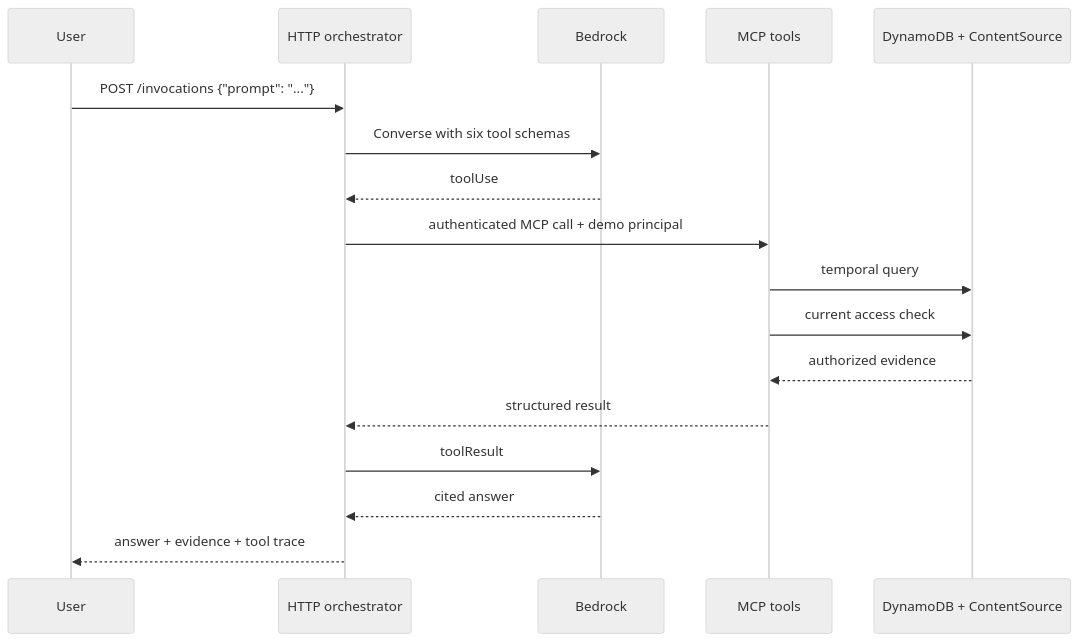
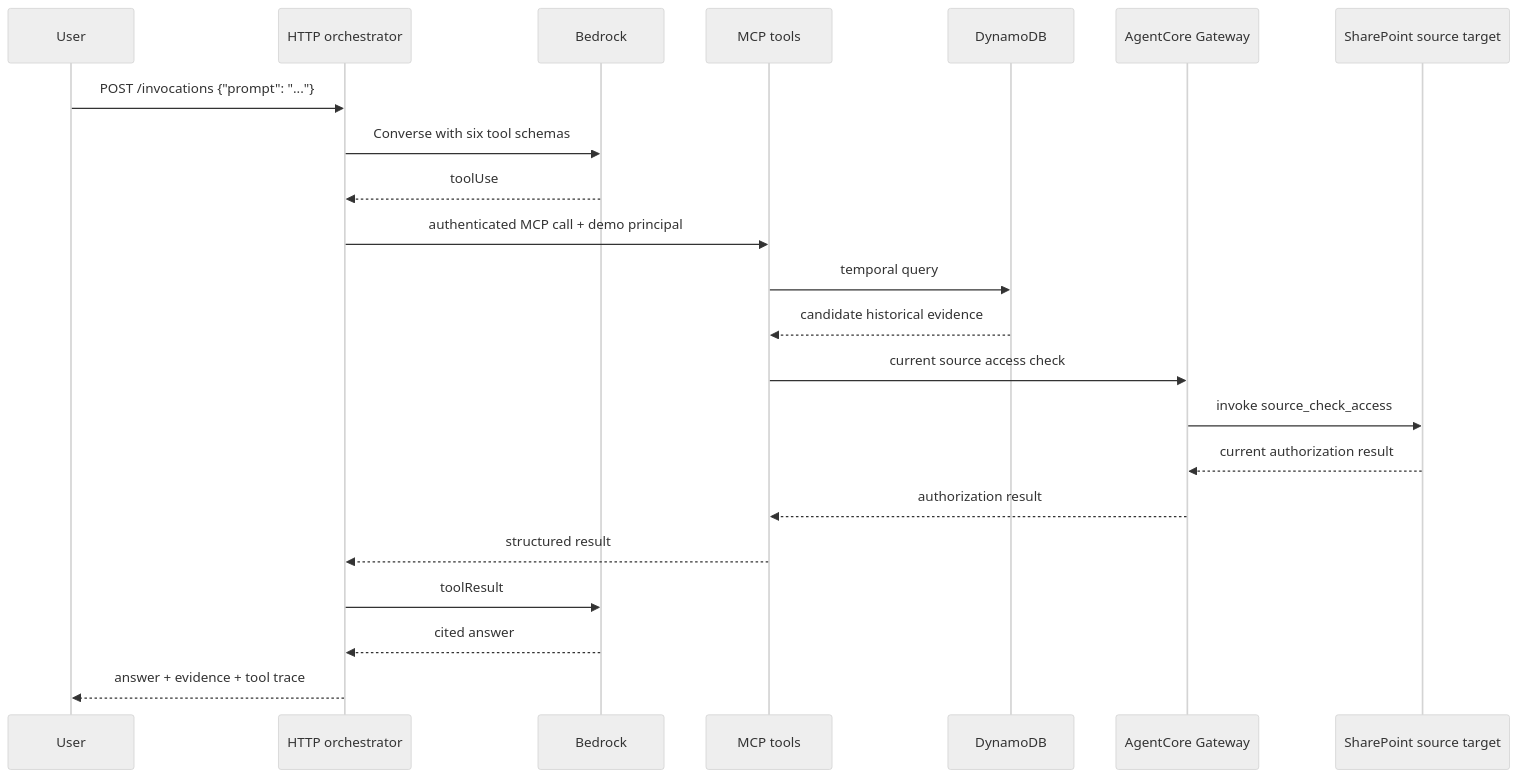
The second of 2 diagrams in DESIGN.md (sumanthx/temporalagent), drawn with Mermaid (neutral theme) before and after one commit. The commit also changed other lines of this file and 16 other files, not shown here.

Commit message:
Add AgentCore Gateway source boundary

````diff
--- a/DESIGN.md
+++ b/DESIGN.md
@@ -106,20 +118,25 @@
 ```mermaid
 sequenceDiagram
     participant User
     participant O as HTTP orchestrator
     participant B as Bedrock
     participant M as MCP tools
-    participant S as DynamoDB + ContentSource
+    participant D as DynamoDB
+    participant G as AgentCore Gateway
+    participant S as SharePoint source target
 
     User->>O: POST /invocations {"prompt": "..."}
     O->>B: Converse with six tool schemas
     B-->>O: toolUse
     O->>M: authenticated MCP call + demo principal
-    M->>S: temporal query
-    M->>S: current access check
-    S-->>M: authorized evidence
+    M->>D: temporal query
+    D-->>M: candidate historical evidence
+    M->>G: current source access check
+    G->>S: invoke source_check_access
+    S-->>G: current authorization result
+    G-->>M: authorization result
     M-->>O: structured result
     O->>B: toolResult
     B-->>O: cited answer
     O-->>User: answer + evidence + tool trace
 ```
````
